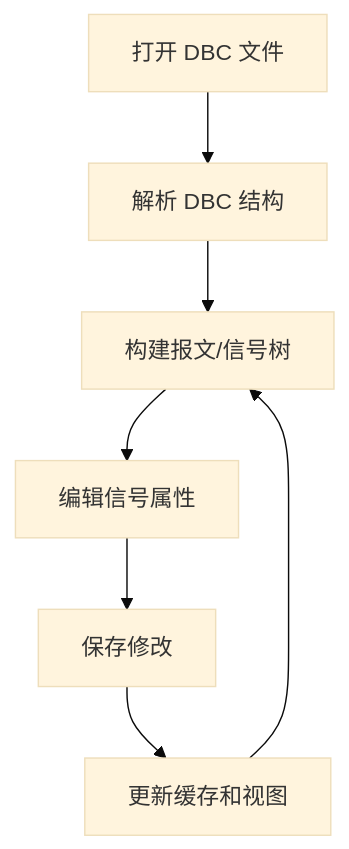
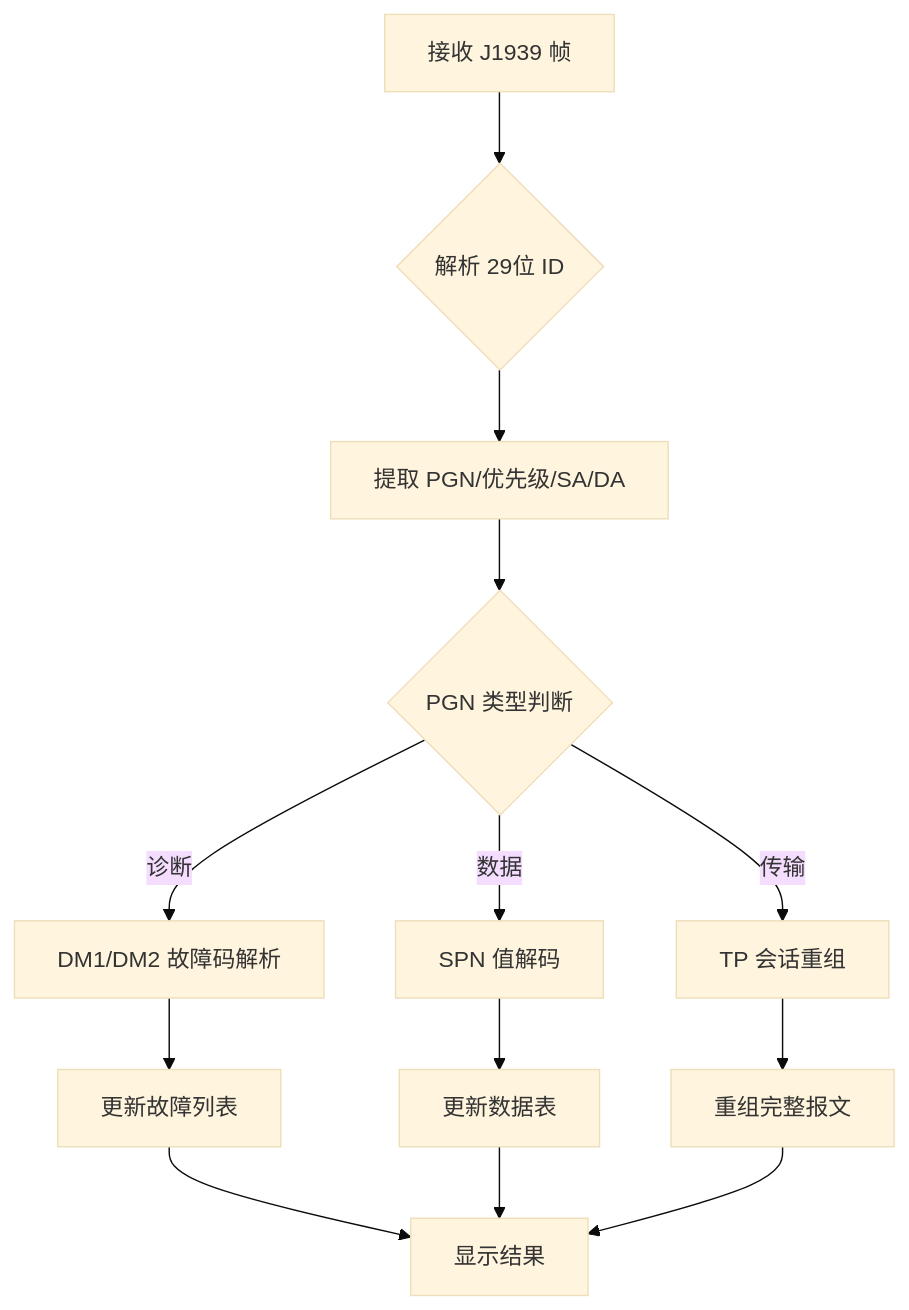
Before and after one commit to jakecai1225-design/OpenBus: the sixth of 8 diagrams in .qoder/repowiki/zh/content/开发指南/示例插件.md, drawn with Mermaid (base theme). The commit also changed other lines of this file and 80 other files, not shown here.

Commit message:
graphic 优化

````diff
--- a/.qoder/repowiki/zh/content/开发指南/示例插件.md
+++ b/.qoder/repowiki/zh/content/开发指南/示例插件.md
@@ -238,9 +268,15 @@
 ```mermaid
 flowchart TD
-Open["打开 DBC 文件"] --> Parse["解析 DBC 结构"]
-Parse --> TreeView["构建报文/信号树"]
-TreeView --> Edit["编辑信号属性"]
-Edit --> Save["保存修改"]
-Save --> Update["更新缓存和视图"]
-Update --> TreeView
+A["接收 J1939 帧"] --> B{"解析 29位 ID"}
+B --> C["提取 PGN/优先级/SA/DA"]
+C --> D{"PGN 类型判断"}
+D --> |诊断| E["DM1/DM2 故障码解析"]
+D --> |数据| F["SPN 值解码"]
+D --> |传输| G["TP 会话重组"]
+E --> H["更新故障列表"]
+F --> I["更新数据表"]
+G --> J["重组完整报文"]
+H --> K["显示结果"]
+I --> K
+J --> K
 ```
````
